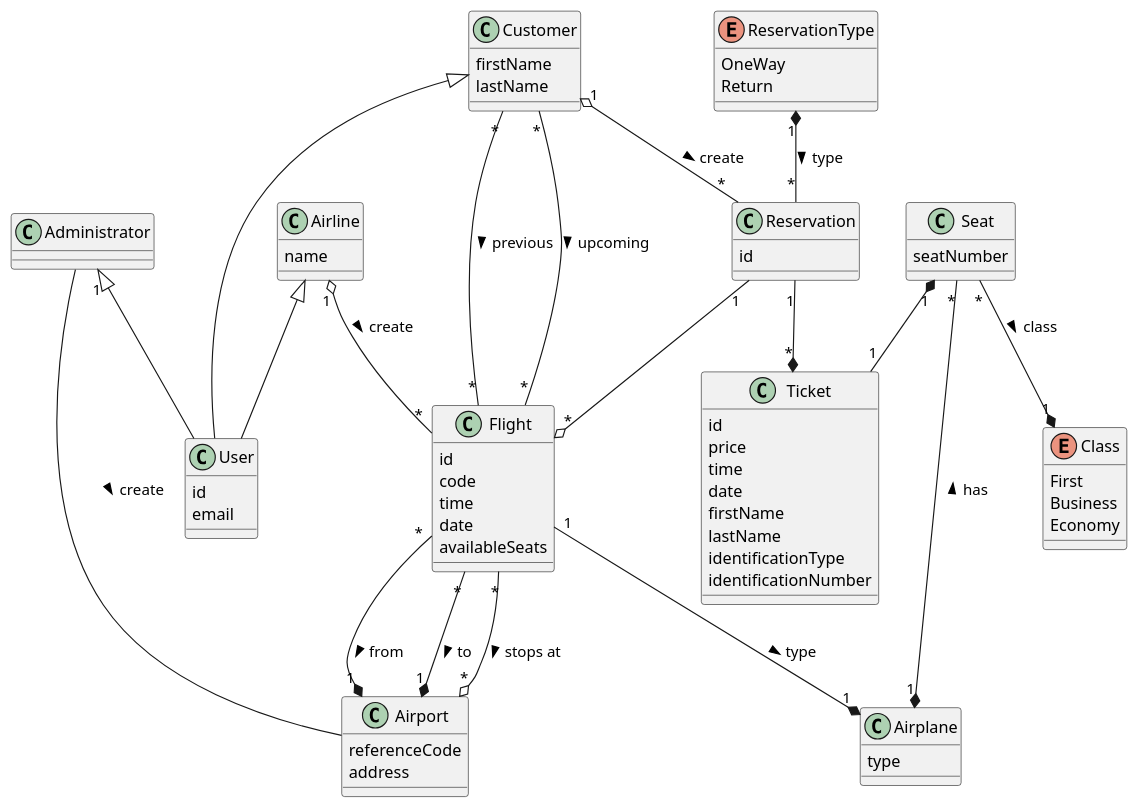
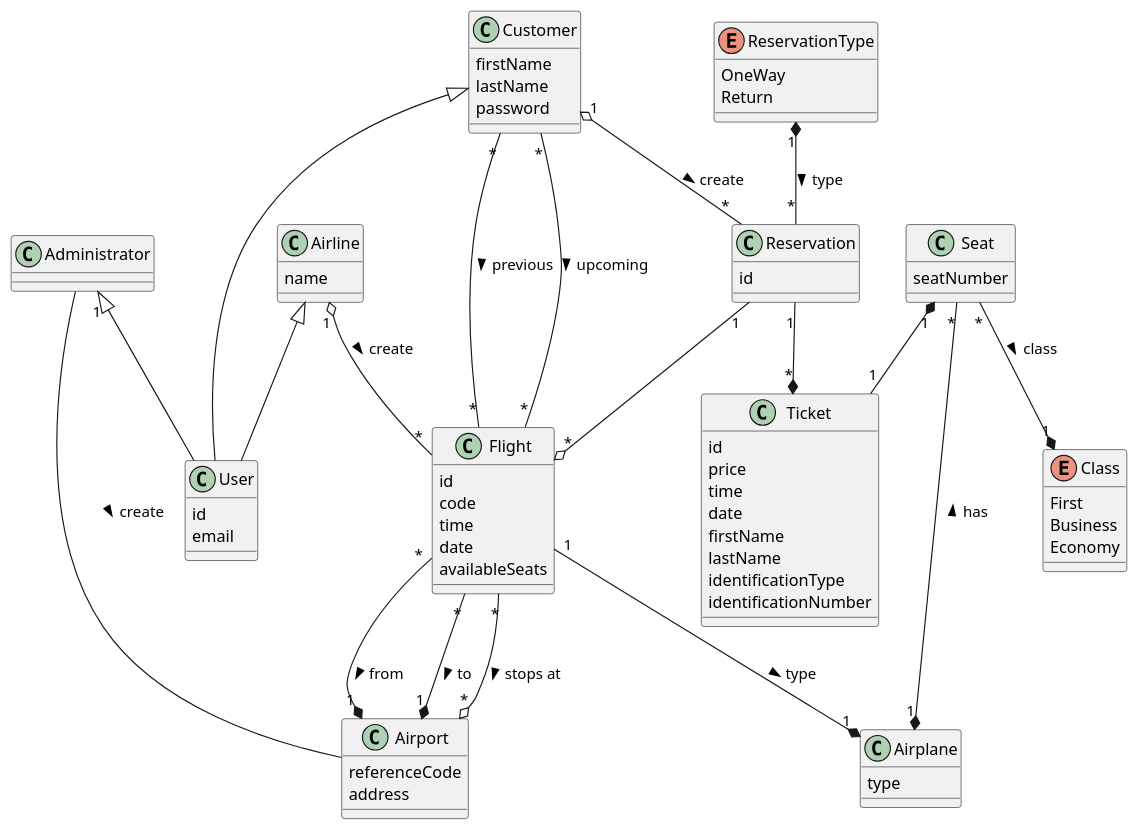
The diagram in doc/UML/Domain Model.puml (SWEN900072021/four-aces), drawn with PlantUML before and after one commit.

Commit message:
add password to Customer

```diff
--- a/doc/UML/Domain Model.puml
+++ b/doc/UML/Domain Model.puml
@@ -1,92 +1,93 @@
 @startuml
 'https://plantuml.com/class-diagram
 
 class User{
 id
 email
 }
 
 class Administrator{
 }
 
 class Airline{
 name
 }
 
 class Customer{
 firstName
 lastName
+password
 }
 
 Administrator "1" <|-- User
 Customer <|-- User
 Airline <|-- User
 
 class Airport{
 referenceCode
 address
 }
 
 class Flight{
 id
 code
 time
 date
 availableSeats
 }
 
 class Airplane{
 type
 }
 
 class Seat{
 seatNumber
 }
 
 class Ticket{
 id
 price
 time
 date
 firstName
 lastName
 identificationType
 identificationNumber
 }
 
 class Reservation{
 id
 }
 
 enum ReservationType{
 OneWay
 Return
 }
 
 enum Class{
 First
 Business
 Economy
 }
 
 Airline "1" o-- "*" Flight : create >
 Reservation "1" --o "*" Flight
 Reservation "1" --* "*" Ticket
 Seat "1" *-- "1" Ticket
 ReservationType "1" *-- "*" Reservation : type >
 Flight "1" --* "1" Airplane : type >
 Customer "1" o-- "*" Reservation: create >
 
 Flight "*" --* "1" Airport : from >
 Flight "*" --* "1" Airport : to >
 Flight "*" --o "*" Airport : stops at >
 
 Administrator -- Airport : create >
 
 Customer "*" -- "*" Flight : previous >
 Customer "*" -- "*" Flight : upcoming >
 
 Seat "*" --* "1" Class : class >
 Seat "*" --* "1" Airplane : has <
 
 @enduml
```
